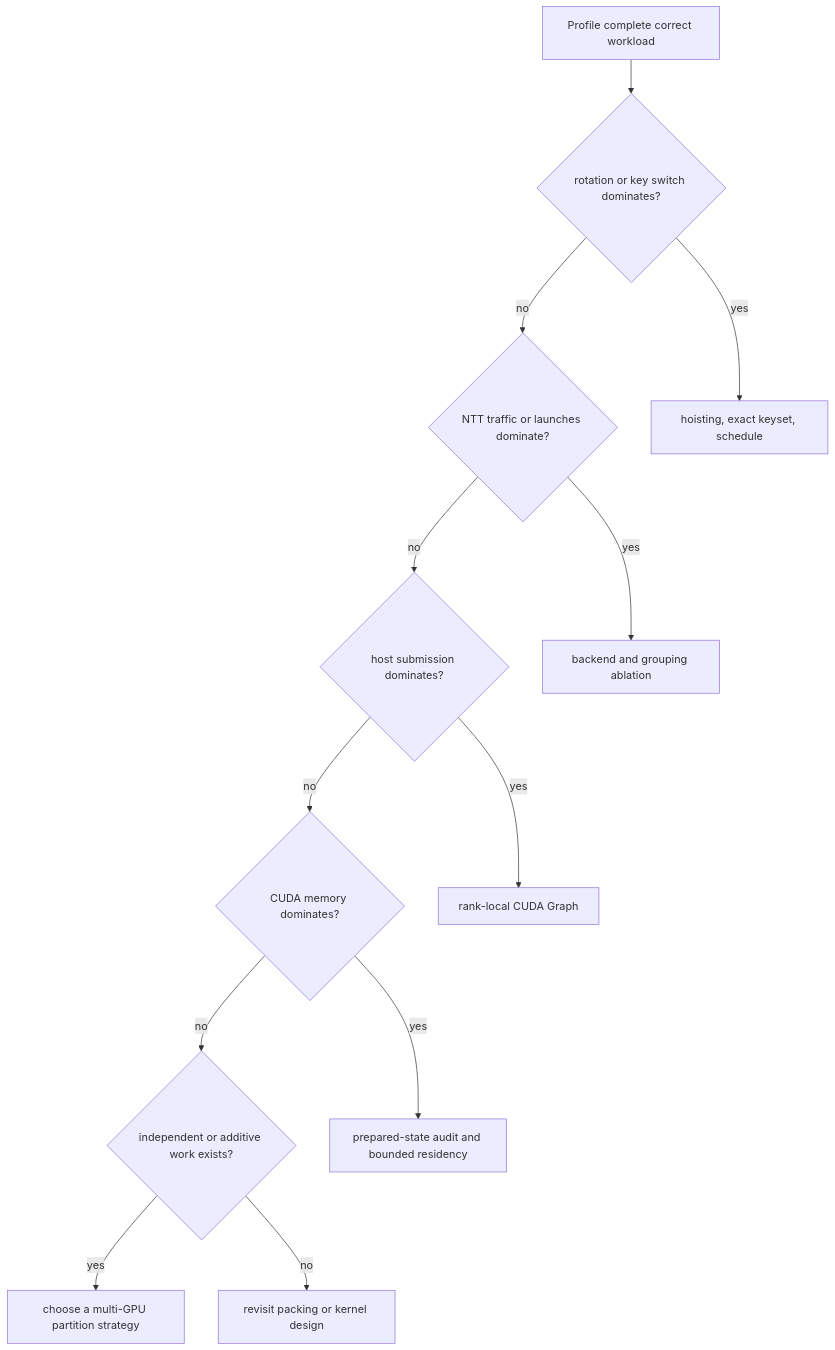
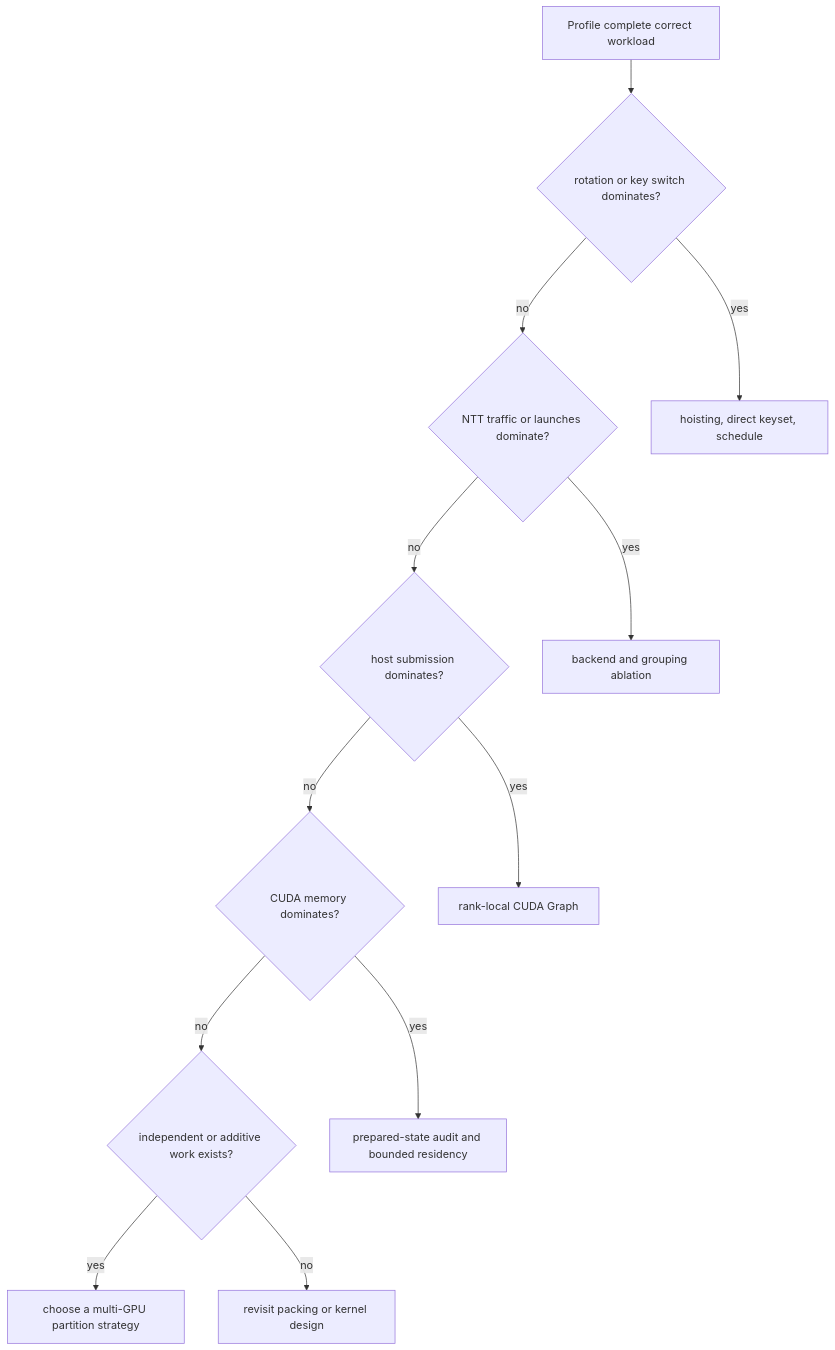
Before and after one commit to visualDust/fhelium: the seventh of 7 diagrams in docs/concepts/performance/cost-model.md, drawn with Mermaid. The commit also changed other lines of this file and 222 other files, not shown here.

````diff
--- a/docs/concepts/performance/cost-model.md
+++ b/docs/concepts/performance/cost-model.md
@@ -274,20 +274,20 @@
 ```mermaid
 flowchart TD
     P[Profile complete correct workload]
     Q1{rotation or key switch dominates?}
     Q2{NTT traffic or launches dominate?}
     Q3{host submission dominates?}
     Q4{CUDA memory dominates?}
     Q5{independent or additive work exists?}
     P --> Q1
-    Q1 -->|yes| H[hoisting, exact keyset, schedule]
+    Q1 -->|yes| H[hoisting, direct keyset, schedule]
     Q1 -->|no| Q2
     Q2 -->|yes| N[backend and grouping ablation]
     Q2 -->|no| Q3
     Q3 -->|yes| G[rank-local CUDA Graph]
     Q3 -->|no| Q4
     Q4 -->|yes| R[prepared-state audit and bounded residency]
     Q4 -->|no| Q5
     Q5 -->|yes| M[choose a multi-GPU partition strategy]
     Q5 -->|no| A[revisit packing or kernel design]
 ```
````
